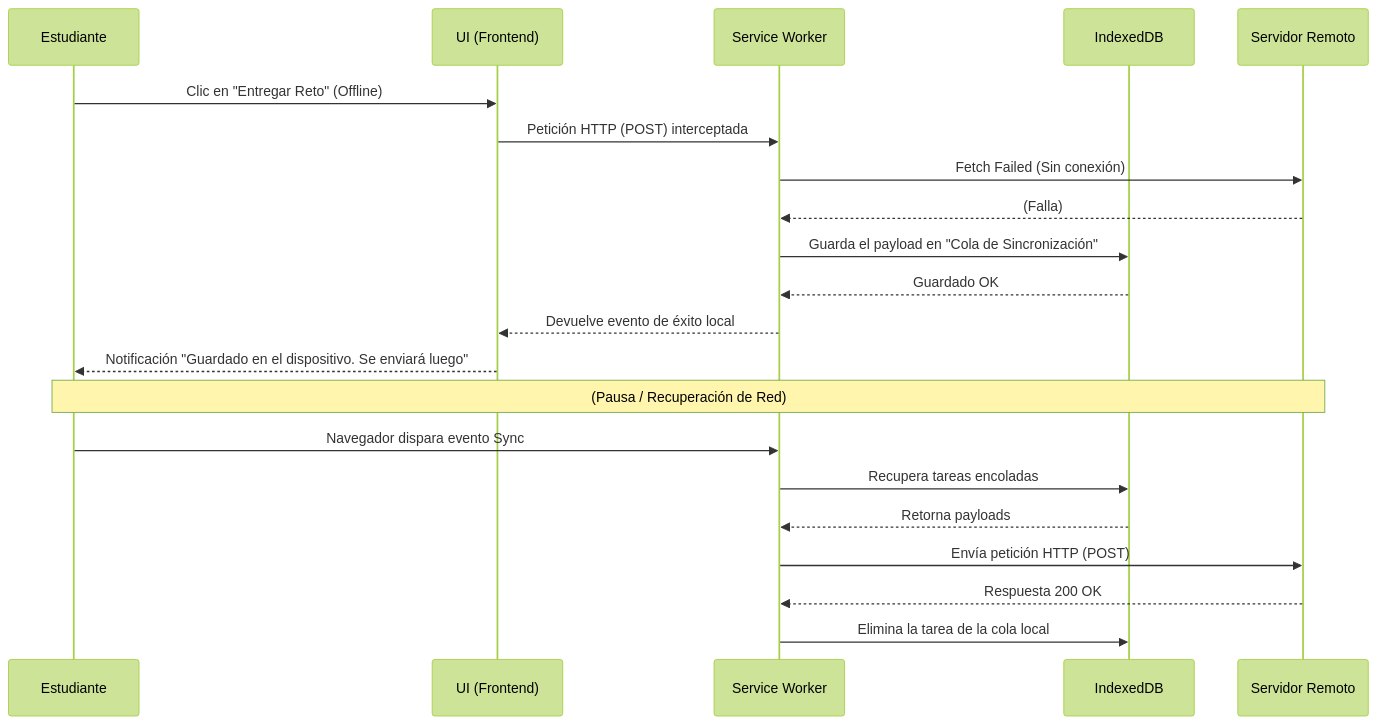
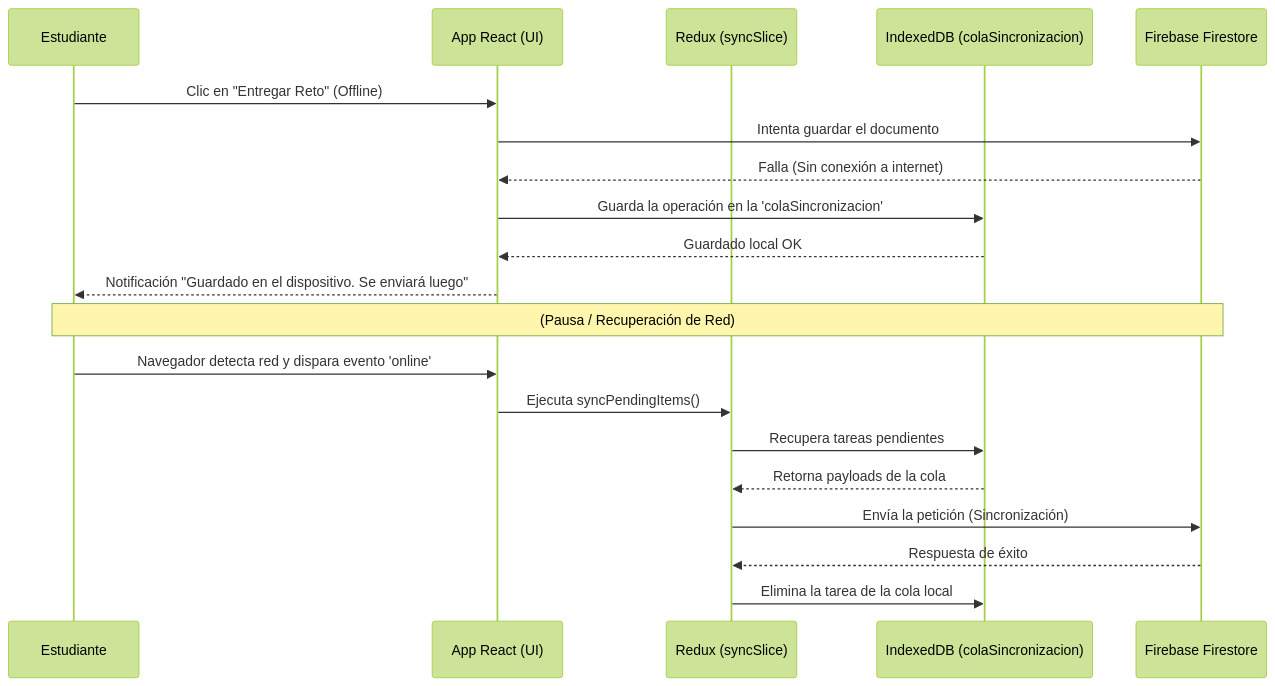
The second of 3 diagrams in DIAGRAMAS.md (ecuriele/espacio-educa), drawn with Mermaid (forest theme) before and after one commit. The commit also changed other lines of this file, not shown here.

Commit message:
docs: corregir diagramas tecnicos de PWA, sync y DB local en DIAGRAMAS.md

````diff
--- a/DIAGRAMAS.md
+++ b/DIAGRAMAS.md
@@ -43,26 +37,25 @@
 ```mermaid
 sequenceDiagram
     participant Estudiante
-    participant UI as UI (Frontend)
-    participant SW as Service Worker
-    participant IDB as IndexedDB
-    participant Servidor as Servidor Remoto
+    participant React as App React (UI)
+    participant Redux as Redux (syncSlice)
+    participant IDB as IndexedDB (colaSincronizacion)
+    participant Firestore as Firebase Firestore
 
-    Estudiante->>UI: Clic en "Entregar Reto" (Offline)
-    UI->>SW: Petición HTTP (POST) interceptada
-    SW->>Servidor: Fetch Failed (Sin conexión)
-    Servidor-->>SW: (Falla)
-    SW->>IDB: Guarda el payload en "Cola de Sincronización"
-    IDB-->>SW: Guardado OK
-    SW-->>UI: Devuelve evento de éxito local
-    UI-->>Estudiante: Notificación "Guardado en el dispositivo. Se enviará luego"
+    Estudiante->>React: Clic en "Entregar Reto" (Offline)
+    React->>Firestore: Intenta guardar el documento
+    Firestore-->>React: Falla (Sin conexión a internet)
+    React->>IDB: Guarda la operación en la 'colaSincronizacion'
+    IDB-->>React: Guardado local OK
+    React-->>Estudiante: Notificación "Guardado en el dispositivo. Se enviará luego"
 
-    Note over Estudiante, Servidor: (Pausa / Recuperación de Red)
+    Note over Estudiante, Firestore: (Pausa / Recuperación de Red)
 
-    Estudiante->>SW: Navegador dispara evento Sync
-    SW->>IDB: Recupera tareas encoladas
-    IDB-->>SW: Retorna payloads
-    SW->>Servidor: Envía petición HTTP (POST)
-    Servidor-->>SW: Respuesta 200 OK
-    SW->>IDB: Elimina la tarea de la cola local
+    Estudiante->>React: Navegador detecta red y dispara evento 'online'
+    React->>Redux: Ejecuta syncPendingItems()
+    Redux->>IDB: Recupera tareas pendientes
+    IDB-->>Redux: Retorna payloads de la cola
+    Redux->>Firestore: Envía la petición (Sincronización)
+    Firestore-->>Redux: Respuesta de éxito
+    Redux->>IDB: Elimina la tarea de la cola local
 ```
````
